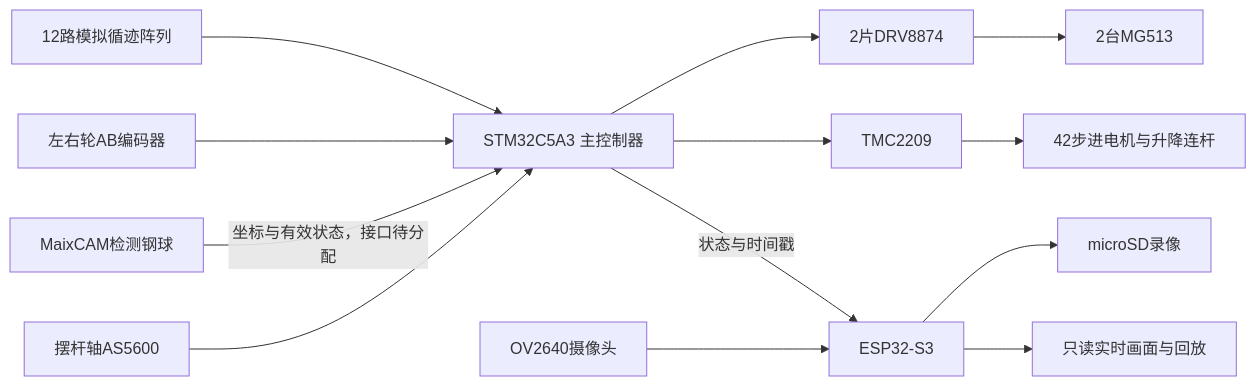
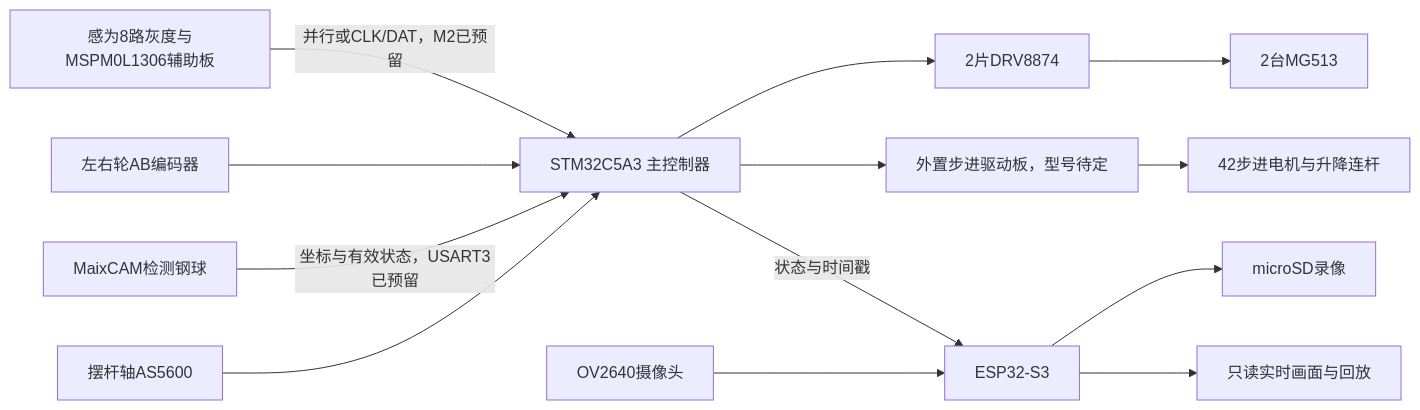
One commit to SmallCoral/c5-car changed the diagram in Documentation/explanation/a-system-outline.md. Above: the diagram before and after it, drawn with Mermaid. The commit also changed other lines of this file and 953 other files, not shown here.

````diff
--- a/Documentation/explanation/a-system-outline.md
+++ b/Documentation/explanation/a-system-outline.md
@@ -33,15 +34,15 @@
 ```mermaid
 flowchart LR
-    Track[12路模拟循迹阵列] --> STM[STM32C5A3 主控制器]
+    Track[感为8路灰度与MSPM0L1306辅助板] -->|并行或CLK/DAT，M2已预留| STM[STM32C5A3 主控制器]
     Wheels[左右轮AB编码器] --> STM
-    Beam[MaixCAM检测钢球] -->|坐标与有效状态，接口待分配| STM
+    Beam[MaixCAM检测钢球] -->|坐标与有效状态，USART3已预留| STM
     Angle[摆杆轴AS5600] --> STM
     STM --> Drive[2片DRV8874]
     Drive --> Motors[2台MG513]
-    STM --> Step[TMC2209]
+    STM --> Step[外置步进驱动板，型号待定]
     Step --> Actuator[42步进电机与升降连杆]
     Camera[OV2640摄像头] --> S3[ESP32-S3]
     S3 --> SD[microSD录像]
     S3 --> View[只读实时画面与回放]
     STM -->|状态与时间戳| S3
 ```
````
